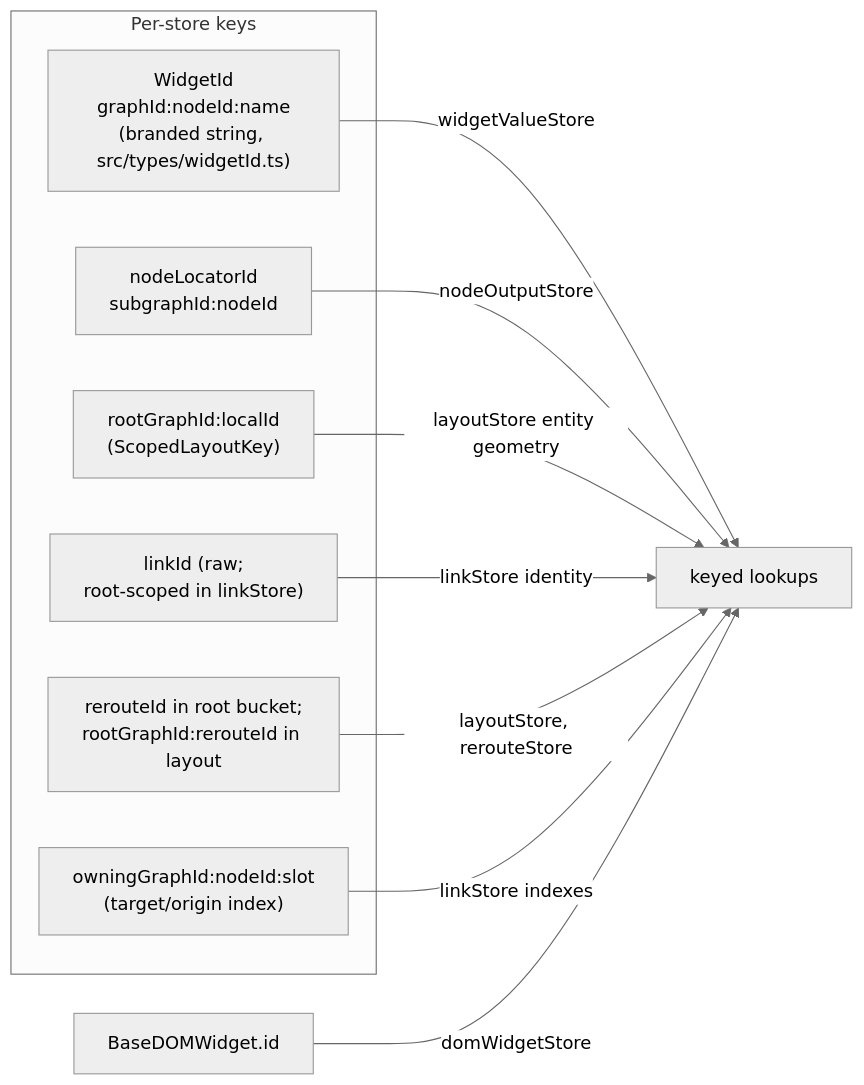
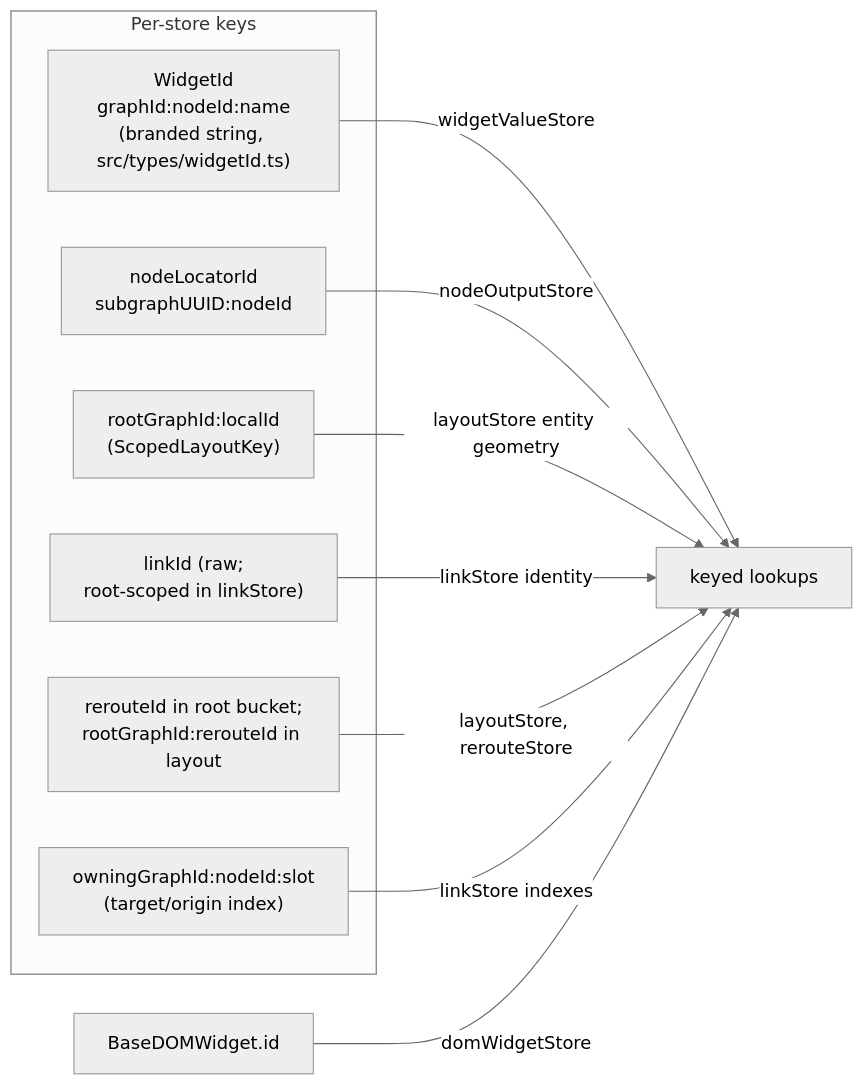
The second of 12 diagrams in docs/architecture/ecs-target-architecture.md (Comfy-Org/ComfyUI_frontend), drawn with Mermaid (neutral theme) before and after one commit. The commit also changed other lines of this file and 4 other files, not shown here.

````diff
--- a/docs/architecture/ecs-target-architecture.md
+++ b/docs/architecture/ecs-target-architecture.md
@@ -64,26 +64,26 @@
 ```mermaid
 graph LR
     subgraph "Per-store keys"
         WID["WidgetId
 graphId:nodeId:name
 (branded string, src/types/widgetId.ts)"]
         NLID["nodeLocatorId
-subgraphId:nodeId"]
+subgraphUUID:nodeId"]
         NID["rootGraphId:localId
 (ScopedLayoutKey)"]
         LID["linkId (raw;
 root-scoped in linkStore)"]
         RID["rerouteId in root bucket;
 rootGraphId:rerouteId in layout"]
         EPI["owningGraphId:nodeId:slot
 (target/origin index)"]
     end
 
     WID -->|widgetValueStore| W["keyed lookups"]
     DWID["BaseDOMWidget.id"] -->|domWidgetStore| W
     NLID -->|nodeOutputStore| W
     NID -->|layoutStore entity geometry| W
     LID -->|linkStore identity| W
     RID -->|layoutStore, rerouteStore| W
     EPI -->|linkStore indexes| W
 ```
````
